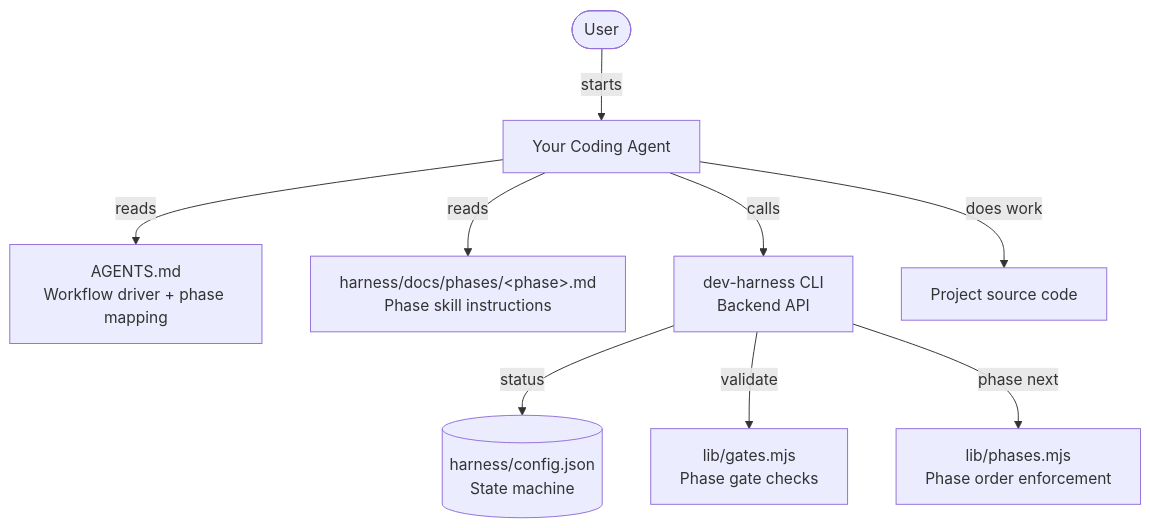
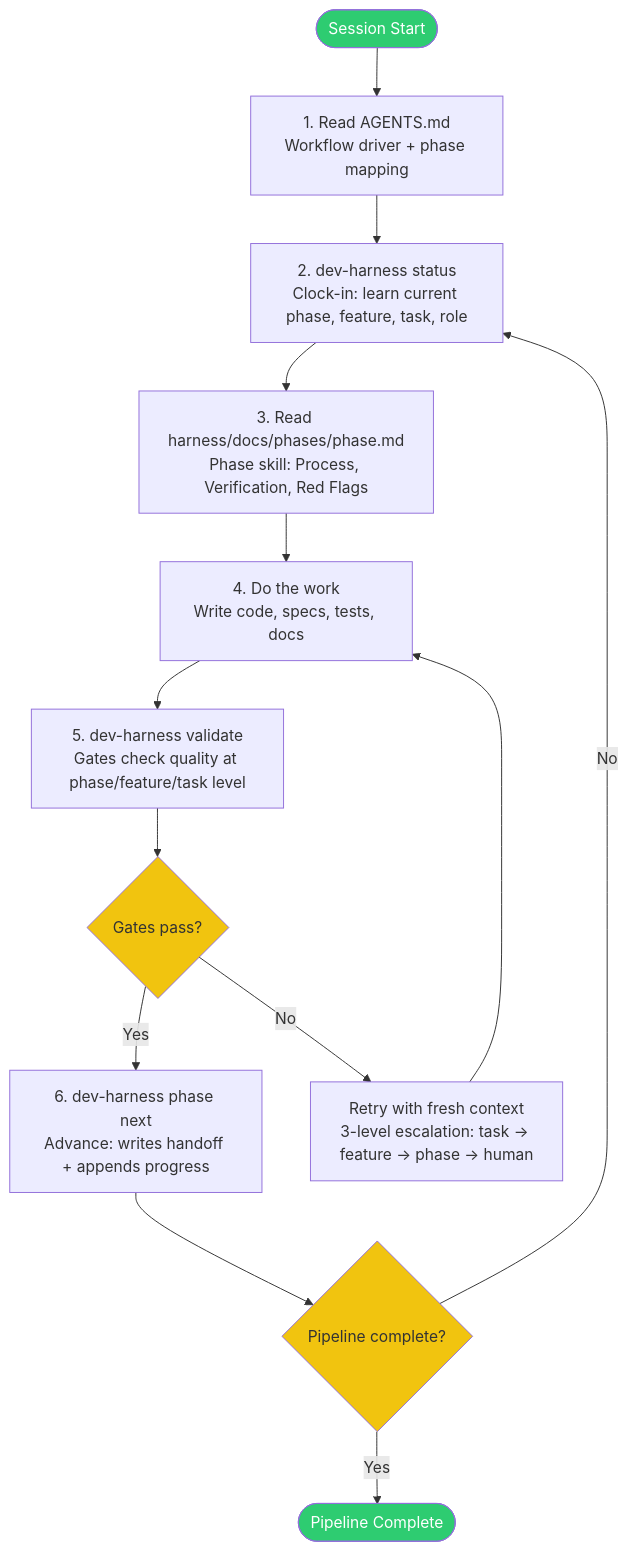
Before and after one commit to bakr-bagaber/dev-harness: the second of 4 diagrams in README.md, drawn with Mermaid. The commit also changed other lines of this file, not shown here.

Commit message:
auto-sync from ops — README rewrite (sequential diagrams, 3-level loops, copilot+autopilot, all comments)

````diff
--- a/README.md
+++ b/README.md
@@ -106,11 +107,20 @@
 ```mermaid
 flowchart TD
-    User([User]) -->|starts| Agent[Your Coding Agent]
-    Agent -->|reads| AGENTSMD[AGENTS.md<br/>Workflow driver + phase mapping]
-    Agent -->|reads| PhaseSkill[harness/docs/phases/&lt;phase&gt;.md<br/>Phase skill instructions]
-    Agent -->|calls| CLI[dev-harness CLI<br/>Backend API]
-    CLI -->|status| State[(harness/config.json<br/>State machine)]
-    CLI -->|validate| Gates[lib/gates.mjs<br/>Phase gate checks]
-    CLI -->|phase next| Phase[lib/phases.mjs<br/>Phase order enforcement]
-    Agent -->|does work| Code[Project source code]
+    Start([Session Start]) --> ReadAgents[1. Read AGENTS.md<br/>Workflow driver + phase mapping]
+    ReadAgents --> Status[2. dev-harness status<br/>Clock-in: learn current phase, feature, task, role]
+    Status --> ReadSkill[3. Read harness/docs/phases/phase.md<br/>Phase skill: Process, Verification, Red Flags]
+    ReadSkill --> DoWork[4. Do the work<br/>Write code, specs, tests, docs]
+    DoWork --> Validate[5. dev-harness validate<br/>Gates check quality at phase/feature/task level]
+    Validate --> Pass{Gates pass?}
+    Pass -->|Yes| PhaseNext[6. dev-harness phase next<br/>Advance: writes handoff + appends progress]
+    Pass -->|No| Retry[Retry with fresh context<br/>3-level escalation: task → feature → phase → human]
+    Retry --> DoWork
+    PhaseNext --> Done{Pipeline complete?}
+    Done -->|No| Status
+    Done -->|Yes| Finish([Pipeline Complete])
+
+    style Start fill:#2ECC71,color:#fff
+    style Finish fill:#2ECC71,color:#fff
+    style Pass fill:#F1C40F,color:#333
+    style Done fill:#F1C40F,color:#333
 ```
````
